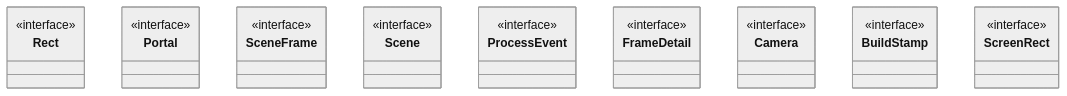
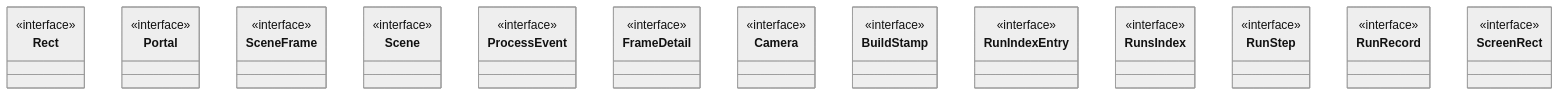
One commit to RyanGuild/self-describing-code changed the second of 3 diagrams in docs/self-model/robby__site/src/viewer/index.md. Above: the diagram before and after it, drawn with Mermaid (neutral theme). The commit also changed other lines of this file and 145 other files, not shown here.

````diff
--- a/docs/self-model/robby__site/src/viewer/index.md
+++ b/docs/self-model/robby__site/src/viewer/index.md
@@ -45,30 +47,42 @@
 ```mermaid
 classDiagram
     class Rect {
         <<interface>>
     }
     class Portal {
         <<interface>>
     }
     class SceneFrame {
         <<interface>>
     }
     class Scene {
         <<interface>>
     }
     class ProcessEvent {
         <<interface>>
     }
     class FrameDetail {
         <<interface>>
     }
     class Camera {
         <<interface>>
     }
     class BuildStamp {
         <<interface>>
     }
+    class RunIndexEntry {
+        <<interface>>
+    }
+    class RunsIndex {
+        <<interface>>
+    }
+    class RunStep {
+        <<interface>>
+    }
+    class RunRecord {
+        <<interface>>
+    }
     class ScreenRect {
         <<interface>>
     }
 ```
````
